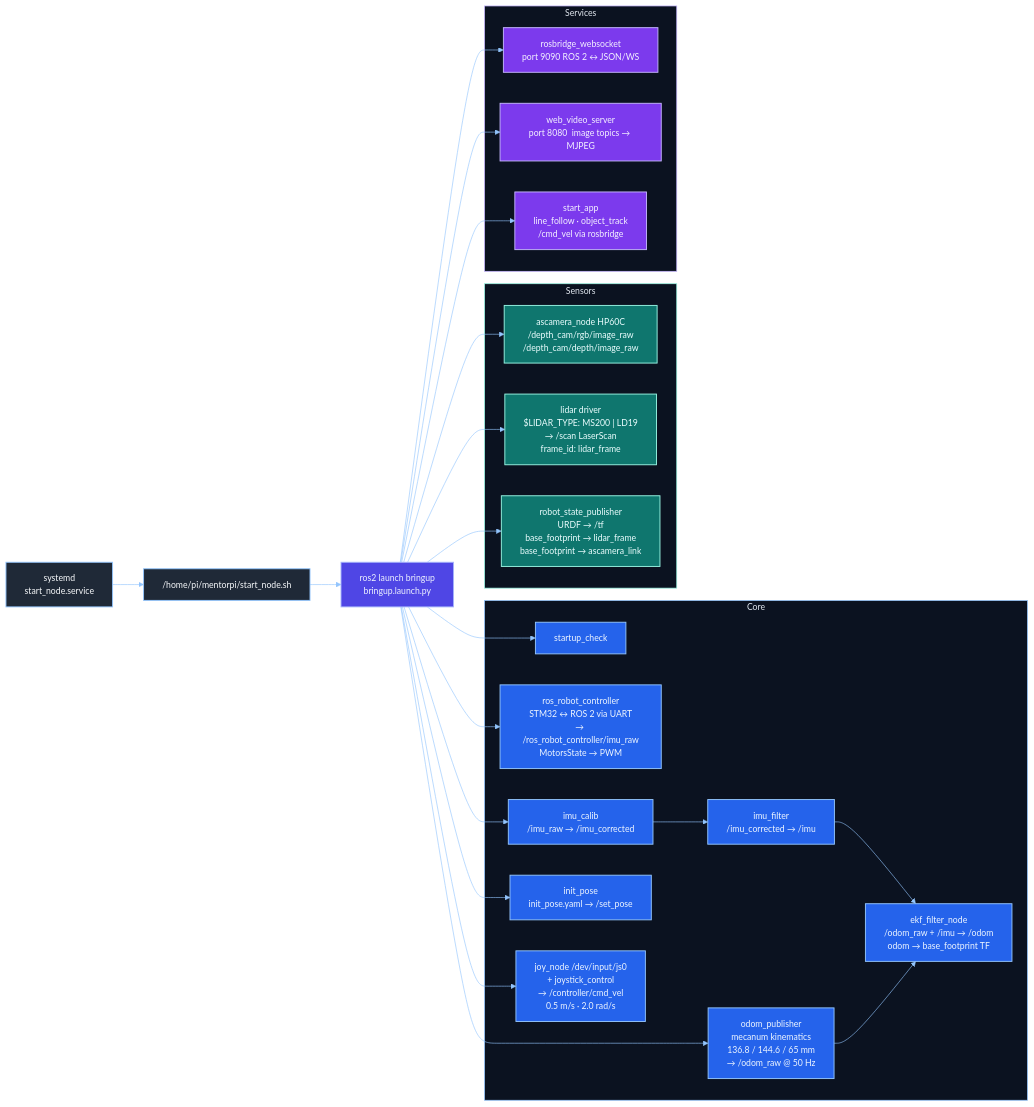
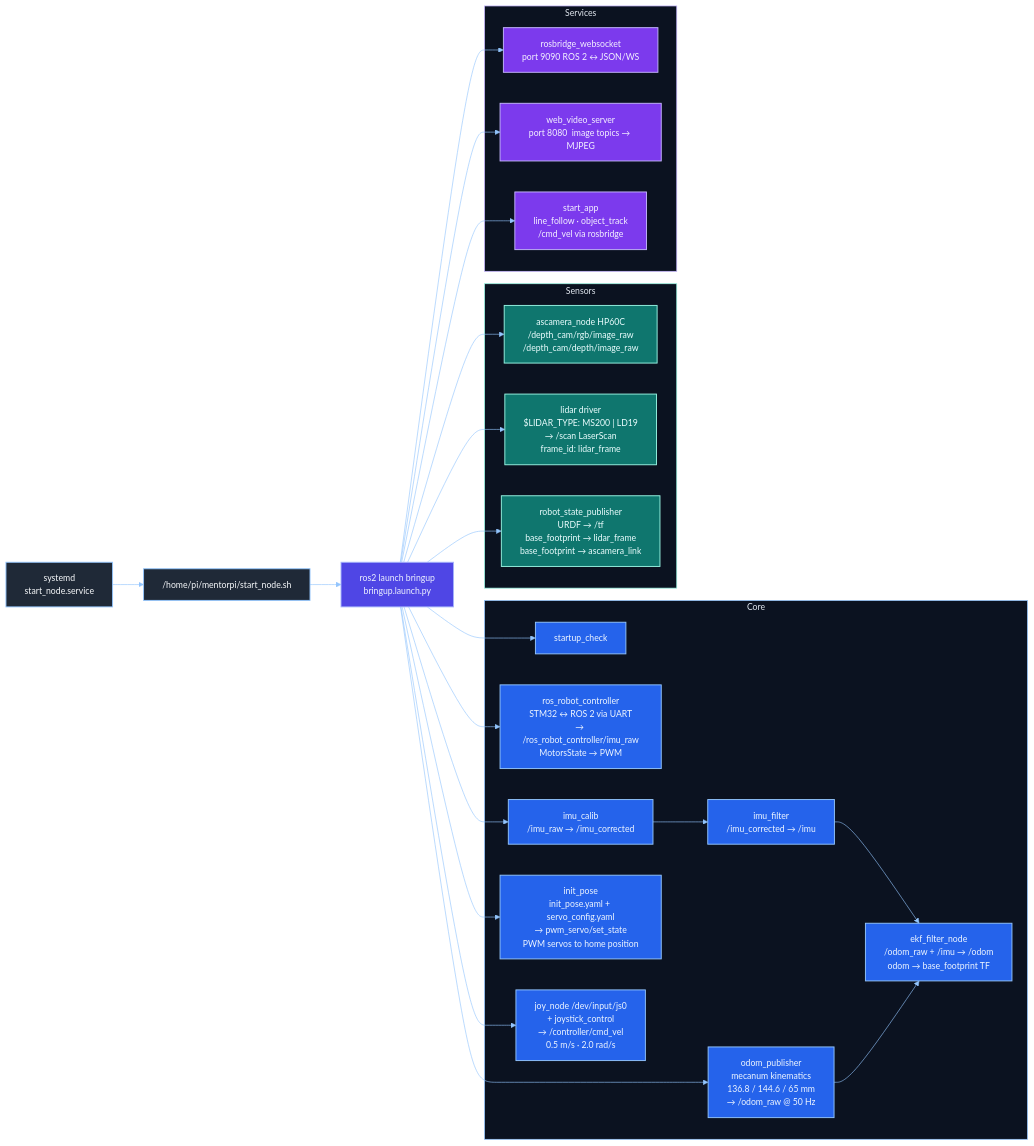
One commit to lexmaister/mentorpi_ws changed the diagram in docs/bringup-reference.md. Above: the diagram before and after it, drawn with Mermaid. The commit also changed other lines of this file and 1 other file, not shown here.

Commit message:
docs: actual init_pose sequence

````diff
--- a/docs/bringup-reference.md
+++ b/docs/bringup-reference.md
@@ -34,79 +34,79 @@
 ```mermaid
 %%{init: {'theme': 'base', 'themeVariables': {
   'primaryColor': '#1e293b',
   'primaryTextColor': '#e2e8f0',
   'primaryBorderColor': '#7dd3fc',
   'lineColor': '#93c5fd',
   'secondaryColor': '#0f172a',
   'tertiaryColor': '#111827',
   'background': '#020817',
   'mainBkg': '#0f172a',
   'nodeBorder': '#7dd3fc',
   'clusterBkg': '#0f172a',
   'clusterBorder': '#93c5fd',
   'textColor': '#e2e8f0',
   'fontFamily': 'Arial',
   'fontSize': '14px'
 }}}%%
 flowchart LR
   classDef entry fill:#1f2937,stroke:#93c5fd,color:#f8fafc,stroke-width:1.5px;
   classDef launcher fill:#4f46e5,stroke:#a5b4fc,color:#eef2ff,stroke-width:1.5px;
   classDef core fill:#2563eb,stroke:#93c5fd,color:#eff6ff,stroke-width:1.5px;
   classDef sensor fill:#0f766e,stroke:#99f6e4,color:#ecfeff,stroke-width:1.5px;
   classDef service fill:#7c3aed,stroke:#c4b5fd,color:#f5f3ff,stroke-width:1.5px;
 
   A["systemd\nstart_node.service"]
   B["/home/pi/mentorpi/start_node.sh"]
   C["ros2 launch bringup\nbringup.launch.py"]
 
   A --> B --> C
 
   subgraph Core
     D[startup_check]
     E["ros_robot_controller\nSTM32 ↔ ROS 2 via UART\n→ /ros_robot_controller/imu_raw\nMotorsState → PWM"]
     F["odom_publisher\nmecanum kinematics\n136.8 / 144.6 / 65 mm\n→ /odom_raw @ 50 Hz"]
     G1["imu_calib\n/imu_raw → /imu_corrected"]
     G2["imu_filter\n/imu_corrected → /imu"]
     G["ekf_filter_node\n/odom_raw + /imu → /odom\nodom → base_footprint TF"]
-    H["init_pose\ninit_pose.yaml → /set_pose"]
+    H["init_pose\ninit_pose.yaml + servo_config.yaml\n→ pwm_servo/set_state\nPWM servos to home position"]
     I["joy_node  /dev/input/js0\n+ joystick_control\n→ /controller/cmd_vel\n0.5 m/s · 2.0 rad/s"]
   end
 
   subgraph Sensors
     J["ascamera_node  HP60C\n/depth_cam/rgb/image_raw\n/depth_cam/depth/image_raw"]
     K["lidar driver\n$LIDAR_TYPE: MS200 | LD19\n→ /scan  LaserScan\nframe_id: lidar_frame"]
     L["robot_state_publisher\nURDF → /tf\nbase_footprint → lidar_frame\nbase_footprint → ascamera_link"]
   end
 
   subgraph Services
     M["rosbridge_websocket\nport 9090  ROS 2 ↔ JSON/WS"]
     N["web_video_server\nport 8080  image topics → MJPEG"]
     O["start_app\nline_follow · object_track\n/cmd_vel via rosbridge"]
   end
 
   C --> D
   C --> E
   C --> F
   C --> G1
   G1 --> G2
   G2 --> G
   F --> G
   C --> H
   C --> I
   C --> J
   C --> K
   C --> L
   C --> M
   C --> N
   C --> O
 
   class A,B entry;
   class C launcher;
   class D,E,F,G1,G2,G,H,I core;
   class J,K,L sensor;
   class M,N,O service;
 
   style Core fill:#0b1220,stroke:#93c5fd,stroke-width:1.2px,color:#e2e8f0;
   style Sensors fill:#0b1220,stroke:#99f6e4,stroke-width:1.2px,color:#e2e8f0;
   style Services fill:#0b1220,stroke:#c4b5fd,stroke-width:1.2px,color:#e2e8f0;
 ```
````
